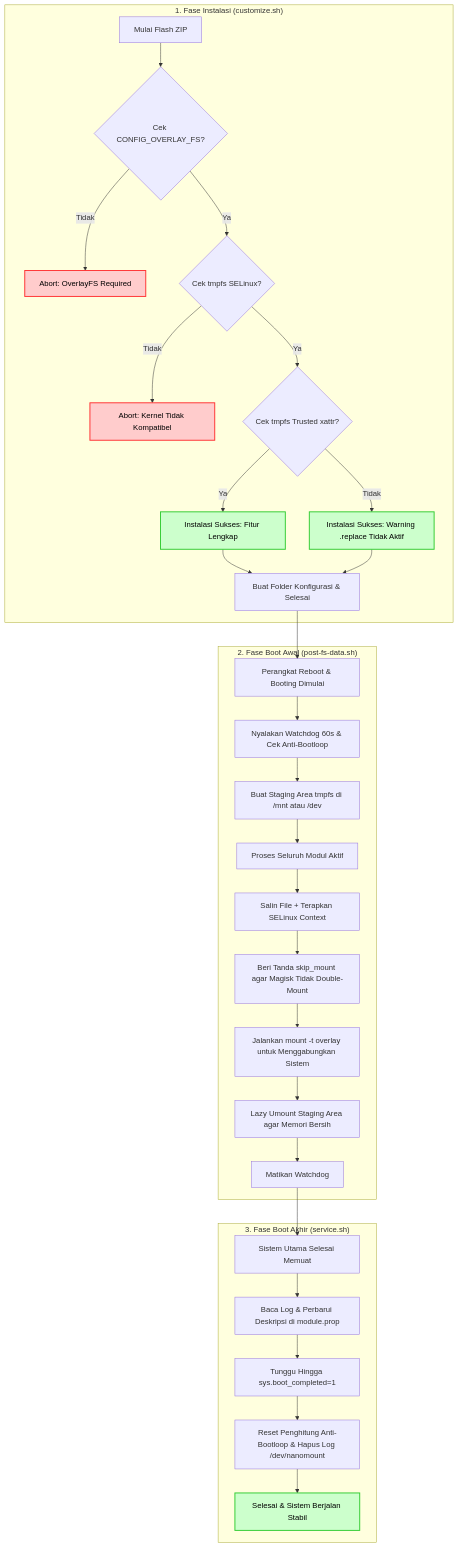
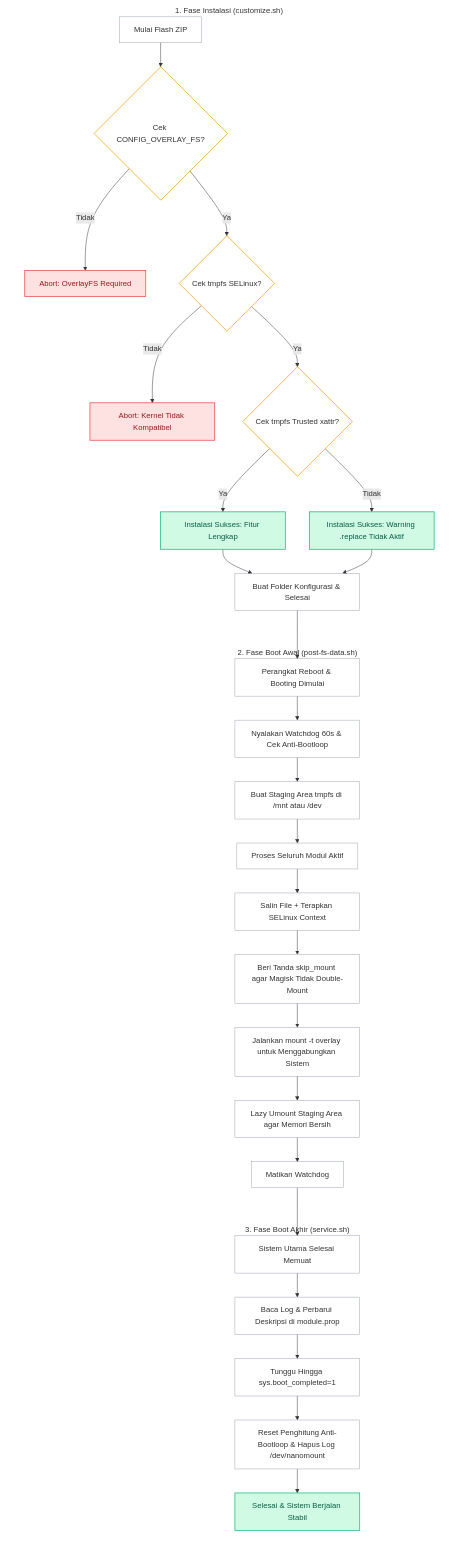
Before and after one commit to dyokism/NanoMount: the diagram in README.id.md, drawn with Mermaid. The commit also changed other lines of this file and 1 other file, not shown here.

Commit message:
fixing the diagram

````diff
--- a/README.id.md
+++ b/README.id.md
@@ -47,41 +47,50 @@
 ```mermaid
 flowchart TD
     %% Fase Instalasi
     subgraph Fase_Instalasi ["1. Fase Instalasi (customize.sh)"]
         A[Mulai Flash ZIP] --> B{Cek CONFIG_OVERLAY_FS?}
         B -- Tidak --> ABORT1[Abort: OverlayFS Required]
         B -- Ya --> C{Cek tmpfs SELinux?}
         C -- Tidak --> ABORT2[Abort: Kernel Tidak Kompatibel]
         C -- Ya --> D{Cek tmpfs Trusted xattr?}
         D -- Ya --> E[Instalasi Sukses: Fitur Lengkap]
         D -- Tidak --> F[Instalasi Sukses: Warning .replace Tidak Aktif]
         E & F --> G[Buat Folder Konfigurasi & Selesai]
     end
 
     %% Fase Boot Awal
     subgraph Fase_Boot_Awal ["2. Fase Boot Awal (post-fs-data.sh)"]
         G --> H[Perangkat Reboot & Booting Dimulai]
         H --> I[Nyalakan Watchdog 60s & Cek Anti-Bootloop]
         I --> M[Buat Staging Area tmpfs di /mnt atau /dev]
         M --> N[Proses Seluruh Modul Aktif]
         N --> O[Salin File + Terapkan SELinux Context]
         O --> P[Beri Tanda skip_mount agar Magisk Tidak Double-Mount]
         P --> Q[Jalankan mount -t overlay untuk Menggabungkan Sistem]
         Q --> R[Lazy Umount Staging Area agar Memori Bersih]
         R --> S[Matikan Watchdog]
     end
 
     %% Fase Boot Akhir
     subgraph Fase_Boot_Akhir ["3. Fase Boot Akhir (service.sh)"]
         S --> T[Sistem Utama Selesai Memuat]
         T --> U[Baca Log & Perbarui Deskripsi di module.prop]
         U --> V[Tunggu Hingga sys.boot_completed=1]
         V --> W[Reset Penghitung Anti-Bootloop & Hapus Log /dev/nanomount]
         W --> X[Selesai & Sistem Berjalan Stabil]
     end
 
-    classDef abort fill:#ffcccc,stroke:#ff3333,stroke-width:2px,color:#000;
-    classDef success fill:#ccffcc,stroke:#33cc33,stroke-width:2px,color:#000;
+    %% Custom Styles (Transparent background & borderless design)
+    style Fase_Instalasi fill:none,stroke:none
+    style Fase_Boot_Awal fill:none,stroke:none
+    style Fase_Boot_Akhir fill:none,stroke:none
+
+    classDef default fill:none,stroke:#9ca3af,stroke-width:1px;
+    classDef abort fill:#fee2e2,stroke:#ef4444,stroke-width:1.5px,color:#991b1b;
+    classDef success fill:#d1fae5,stroke:#10b981,stroke-width:1.5px,color:#065f46;
+    classDef check fill:none,stroke:#f59e0b,stroke-width:1.5px;
+
     class ABORT1,ABORT2 abort;
     class E,F,X success;
+    class B,C,D check;
 ```
````
